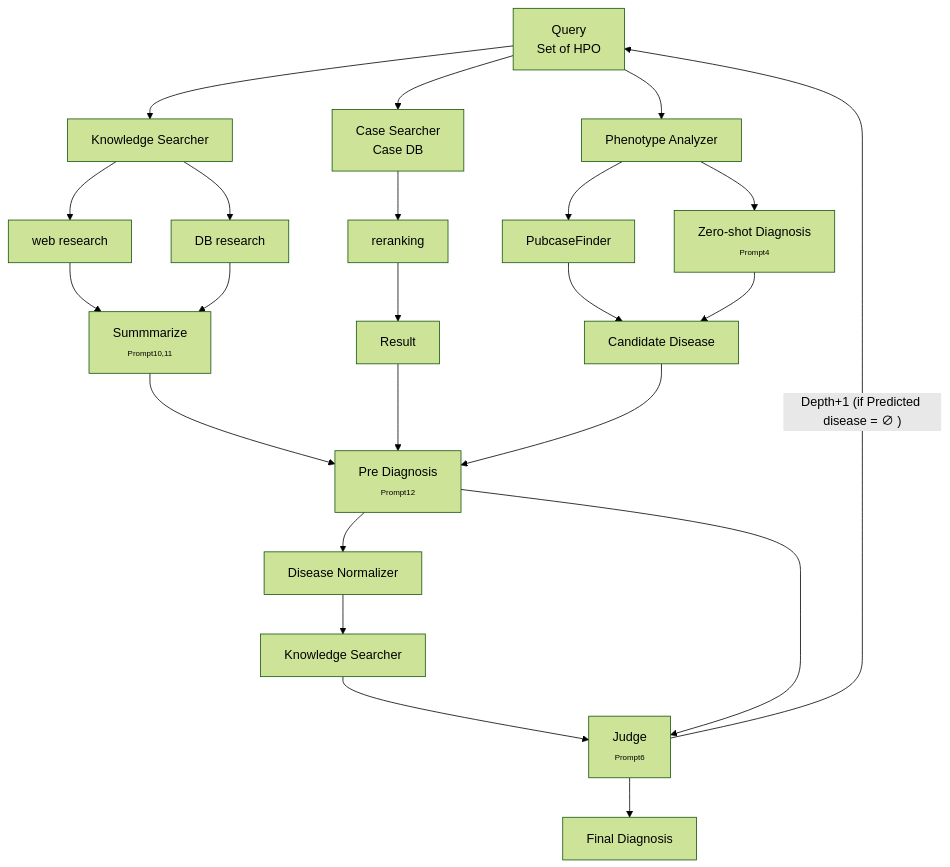
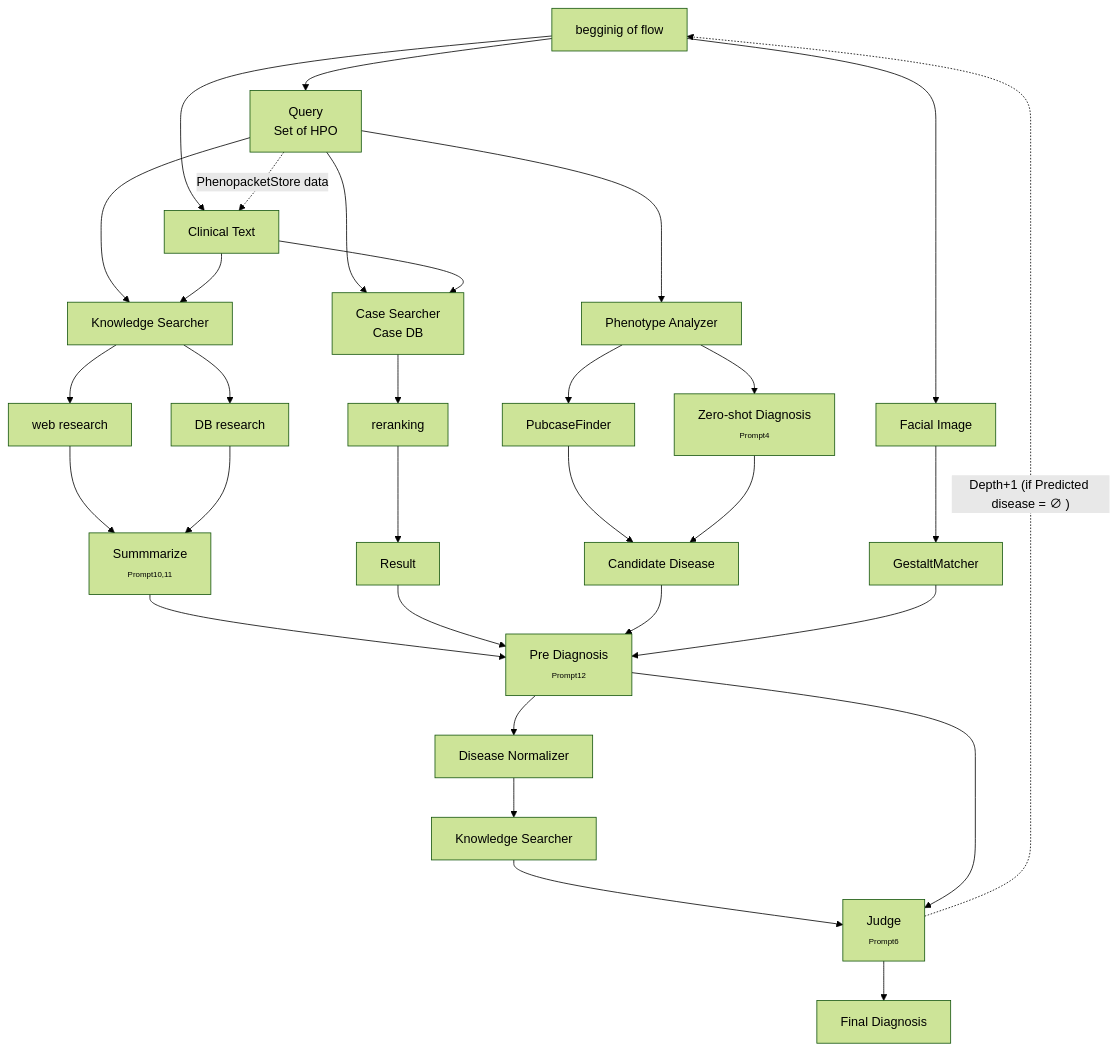
One commit to 708san/AI_AgentForRareDiseaseLocal changed the diagram in README.md. Above: the diagram before and after it, drawn with Mermaid (forest theme). The commit also changed 1 other file, not shown here.

Commit message:
develop figure

`````diff
--- a/README.md
+++ b/README.md
@@ -6,28 +6,41 @@
 ```mermaid
 flowchart TD
+    START["begginig of flow"]
     Q["Query<br>Set of HPO"] --> KS["Knowledge Searcher"]
     KS --> WS["web research"]
     KS --> DBS["DB research"]
     WS --> S["Summmarize<br><span style='font-size:10px'>Prompt10,11</span>"]
     DBS --> S
     Q --> CS["Case Searcher<br>Case DB"]
     Q --> PA["Phenotype Analyzer"]
     PA --> ZD["Zero-shot Diagnosis<br><span style='font-size:10px'>Prompt4</span>"]
     PA --> PC["PubcaseFinder"]
     PC --> CD
+    CT --> CS
     ZD --> CD["Candidate Disease"]
     CS --> RR["reranking"]
     RR --> R["Result"]
     S --> PD["Pre Diagnosis<br><span style='font-size:10px'>Prompt12</span>"]
     R --> PD
     CD --> PD
     PD --> DN["Disease Normalizer"]
     DN --> KSR["Knowledge Searcher"]
     KSR --> J["Judge<br><span style='font-size:10px'>Prompt6</span>"]
     PD --> J
+    CT --> KS
     J --> FD["Final Diagnosis"]
-    J -- "Depth+1 (if Predicted disease = ∅ )" --> Q
+    J -. "Depth+1 (if Predicted disease = ∅ )" ..->  START
+
+    CT["Clinical Text"]
+    FI["Facial Image"]
+    START --> CT
+    START --> FI
+    START -->  Q
+    Q -. "PhenopacketStore data" .-> CT
+    FI --> GM["GestaltMatcher"]
+    GM --> PD
+
     
     %% 矢印の色や深さの表現はMermaidでは省略
     %% 青色のループや赤色はコメントで補足
-```
+````
`````
